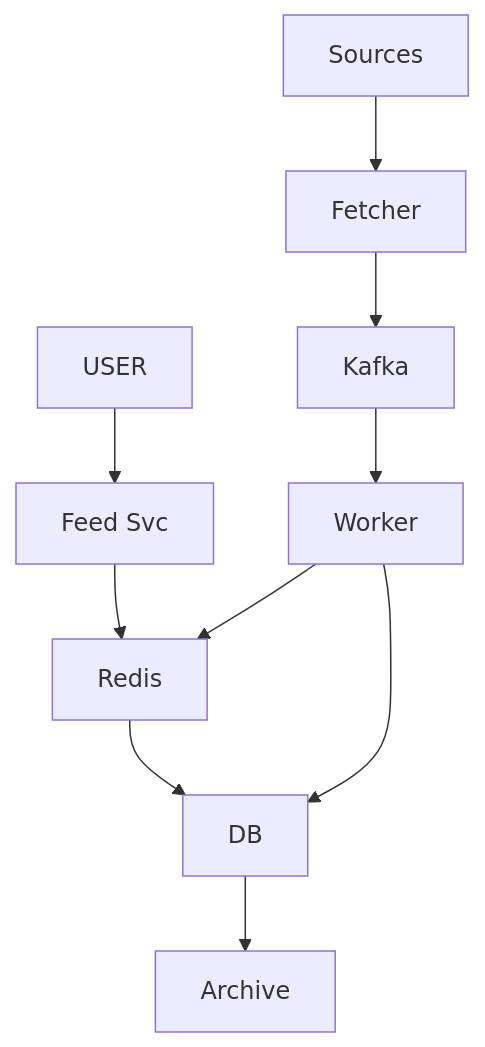
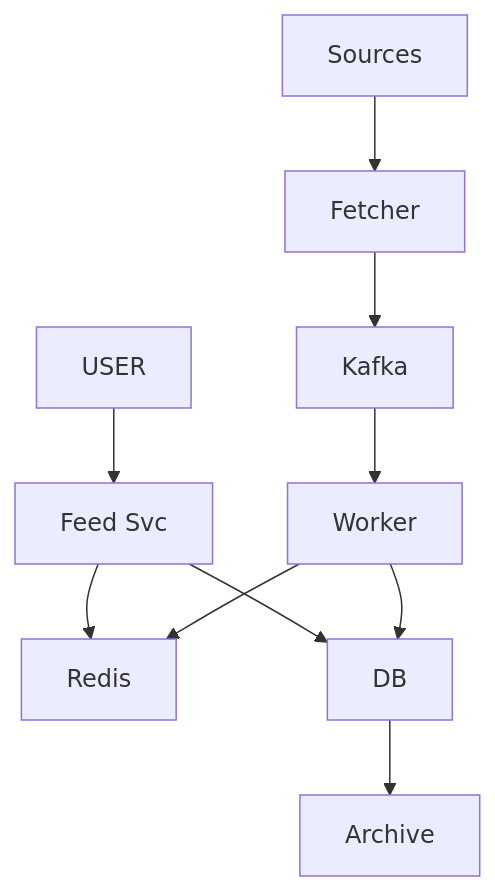
The sixth of 12 diagrams in 04_HLD/SYSTEM_DESIGNS/08_news_aggregator/08_news_aggregator_INTERVIEW.md (ArpanMaheshwari144/Prep), drawn with Mermaid before and after one commit. The commit also changed other lines of this file and 13 other files, not shown here.

First line of the commit message:
hld designs: fix the review findings and put each diagram right below its ILAAJ

````diff
--- a/04_HLD/SYSTEM_DESIGNS/08_news_aggregator/08_news_aggregator_INTERVIEW.md
+++ b/04_HLD/SYSTEM_DESIGNS/08_news_aggregator/08_news_aggregator_INTERVIEW.md
@@ -254,21 +246,21 @@
 ```mermaid
 flowchart TD
     n_USER["USER"]
     n_Feed_Svc["Feed Svc"]
     n_Redis["Redis"]
     n_DB["DB"]
     n_Archive["Archive"]
     n_Worker["Worker"]
     n_Kafka["Kafka"]
     n_Fetcher["Fetcher"]
     n_Sources["Sources"]
     n_USER --> n_Feed_Svc
     n_Feed_Svc --> n_Redis
-    n_Redis --> n_DB
+    n_Feed_Svc --> n_DB
     n_DB --> n_Archive
     n_Worker --> n_DB
     n_Worker --> n_Redis
     n_Kafka --> n_Worker
     n_Fetcher --> n_Kafka
     n_Sources --> n_Fetcher
 ```
````
